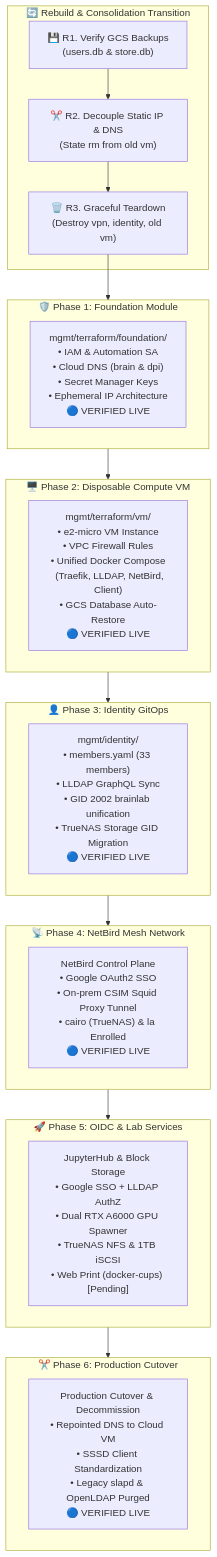
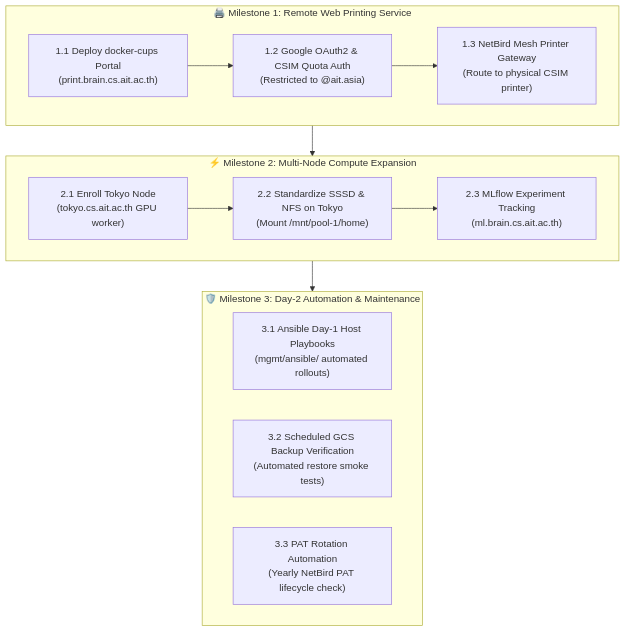
The diagram in mgmt/checklist.md (AIT-brainlab/brainlab-base), drawn with Mermaid before and after one commit. The commit also changed other lines of this file and 5 other files, not shown here.

Commit message:
chore(mgmt): remove obsolete migration plan and netbird setup, revise checklist to what's next

````diff
--- a/mgmt/checklist.md
+++ b/mgmt/checklist.md
@@ -33,40 +24,25 @@
 ```mermaid
 flowchart TD
-    subgraph REBUILD ["🔄 Rebuild & Consolidation Transition"]
-        R1["💾 R1. Verify GCS Backups<br/>(users.db & store.db)"]
-        R2["✂️ R2. Decouple Static IP & DNS<br/>(State rm from old vm)"]
-        R3["🗑️ R3. Graceful Teardown<br/>(Destroy vpn, identity, old vm)"]
-        R1 --> R2 --> R3
+    subgraph PHASE1 ["🖨️ Milestone 1: Remote Web Printing Service"]
+        P1A["1.1 Deploy docker-cups Portal<br/>(print.brain.cs.ait.ac.th)"]
+        P1B["1.2 Google OAuth2 & CSIM Quota Auth<br/>(Restricted to @ait.asia)"]
+        P1C["1.3 NetBird Mesh Printer Gateway<br/>(Route to physical CSIM printer)"]
+        P1A --> P1B --> P1C
     end
 
-    subgraph PHASE1 ["🛡️ Phase 1: Foundation Module"]
-        P1["mgmt/terraform/foundation/<br/>• IAM & Automation SA<br/>• Cloud DNS (brain & dpi)<br/>• Secret Manager Keys<br/>• Ephemeral IP Architecture<br/>🔵 VERIFIED LIVE"]
+    subgraph PHASE2 ["⚡ Milestone 2: Multi-Node Compute Expansion"]
+        P2A["2.1 Enroll Tokyo Node<br/>(tokyo.cs.ait.ac.th GPU worker)"]
+        P2B["2.2 Standardize SSSD & NFS on Tokyo<br/>(Mount /mnt/pool-1/home)"]
+        P2C["2.3 MLflow Experiment Tracking<br/>(ml.brain.cs.ait.ac.th)"]
+        P2A --> P2B --> P2C
     end
 
-    subgraph PHASE2 ["🖥️ Phase 2: Disposable Compute VM"]
-        P2["mgmt/terraform/vm/<br/>• e2-micro VM Instance<br/>• VPC Firewall Rules<br/>• Unified Docker Compose<br/>  (Traefik, LLDAP, NetBird, Client)<br/>• GCS Database Auto-Restore<br/>🔵 VERIFIED LIVE"]
+    subgraph PHASE3 ["🛡️ Milestone 3: Day-2 Automation & Maintenance"]
+        P3A["3.1 Ansible Day-1 Host Playbooks<br/>(mgmt/ansible/ automated rollouts)"]
+        P3B["3.2 Scheduled GCS Backup Verification<br/>(Automated restore smoke tests)"]
+        P3C["3.3 PAT Rotation Automation<br/>(Yearly NetBird PAT lifecycle check)"]
     end
 
-    subgraph PHASE3 ["👤 Phase 3: Identity GitOps"]
-        P3["mgmt/identity/<br/>• members.yaml (33 members)<br/>• LLDAP GraphQL Sync<br/>• GID 2002 brainlab unification<br/>• TrueNAS Storage GID Migration<br/>🔵 VERIFIED LIVE"]
-    end
-
-    subgraph PHASE4 ["📡 Phase 4: NetBird Mesh Network"]
-        P4["NetBird Control Plane<br/>• Google OAuth2 SSO<br/>• On-prem CSIM Squid Proxy Tunnel<br/>• cairo (TrueNAS) & la Enrolled<br/>🔵 VERIFIED LIVE"]
-    end
-
-    subgraph PHASE5 ["🚀 Phase 5: OIDC & Lab Services"]
-        P5["JupyterHub & Block Storage<br/>• Google SSO + LLDAP AuthZ<br/>• Dual RTX A6000 GPU Spawner<br/>• TrueNAS NFS & 1TB iSCSI<br/>• Web Print (docker-cups) [Pending]"]
-    end
-
-    subgraph PHASE6 ["✂️ Phase 6: Production Cutover"]
-        P6["Production Cutover & Decommission<br/>• Repointed DNS to Cloud VM<br/>• SSSD Client Standardization<br/>• Legacy slapd & OpenLDAP Purged<br/>🔵 VERIFIED LIVE"]
-    end
-
-    R3 --> PHASE1
     PHASE1 --> PHASE2
     PHASE2 --> PHASE3
-    PHASE3 --> PHASE4
-    PHASE4 --> PHASE5
-    PHASE5 --> PHASE6
 ```
````
